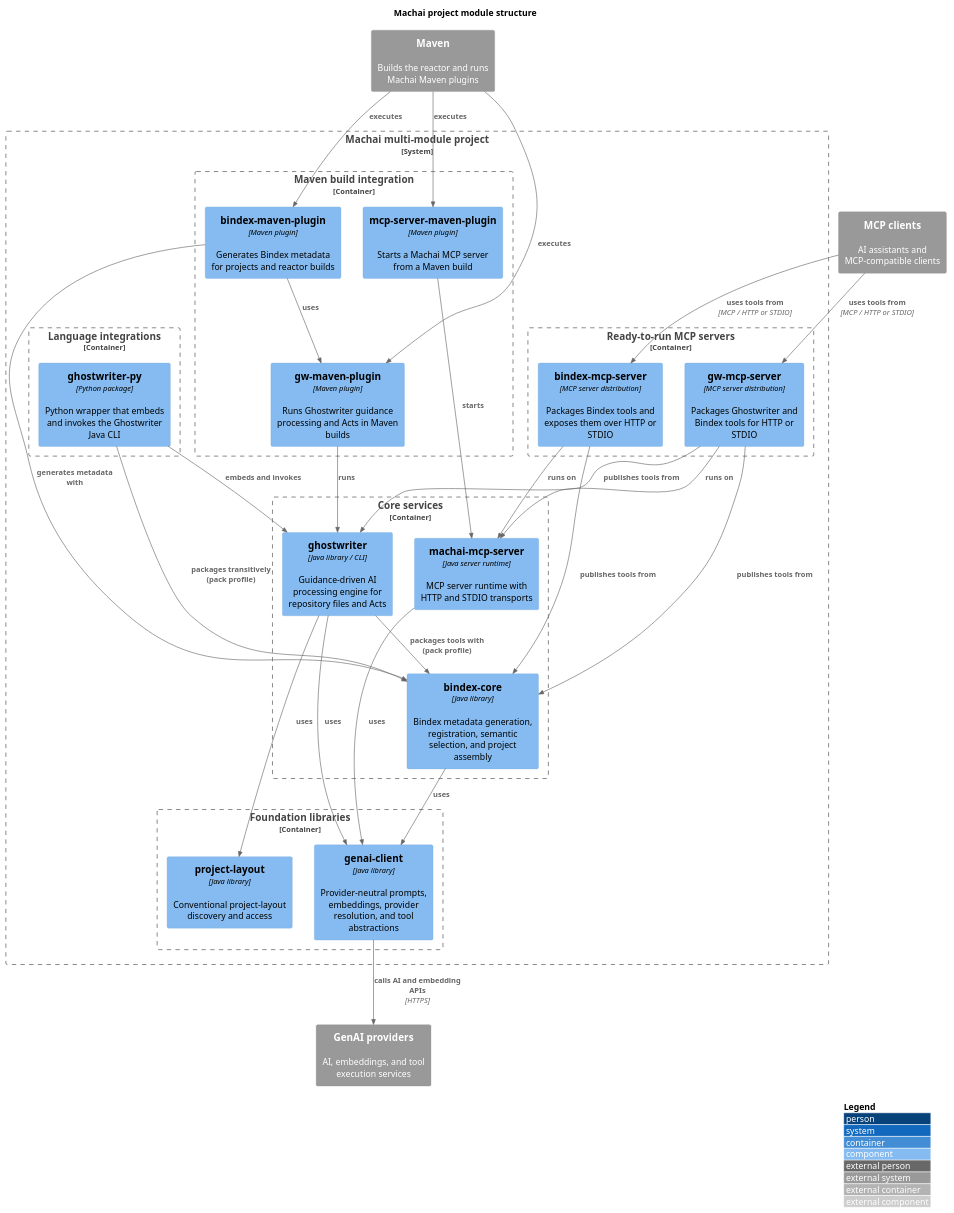
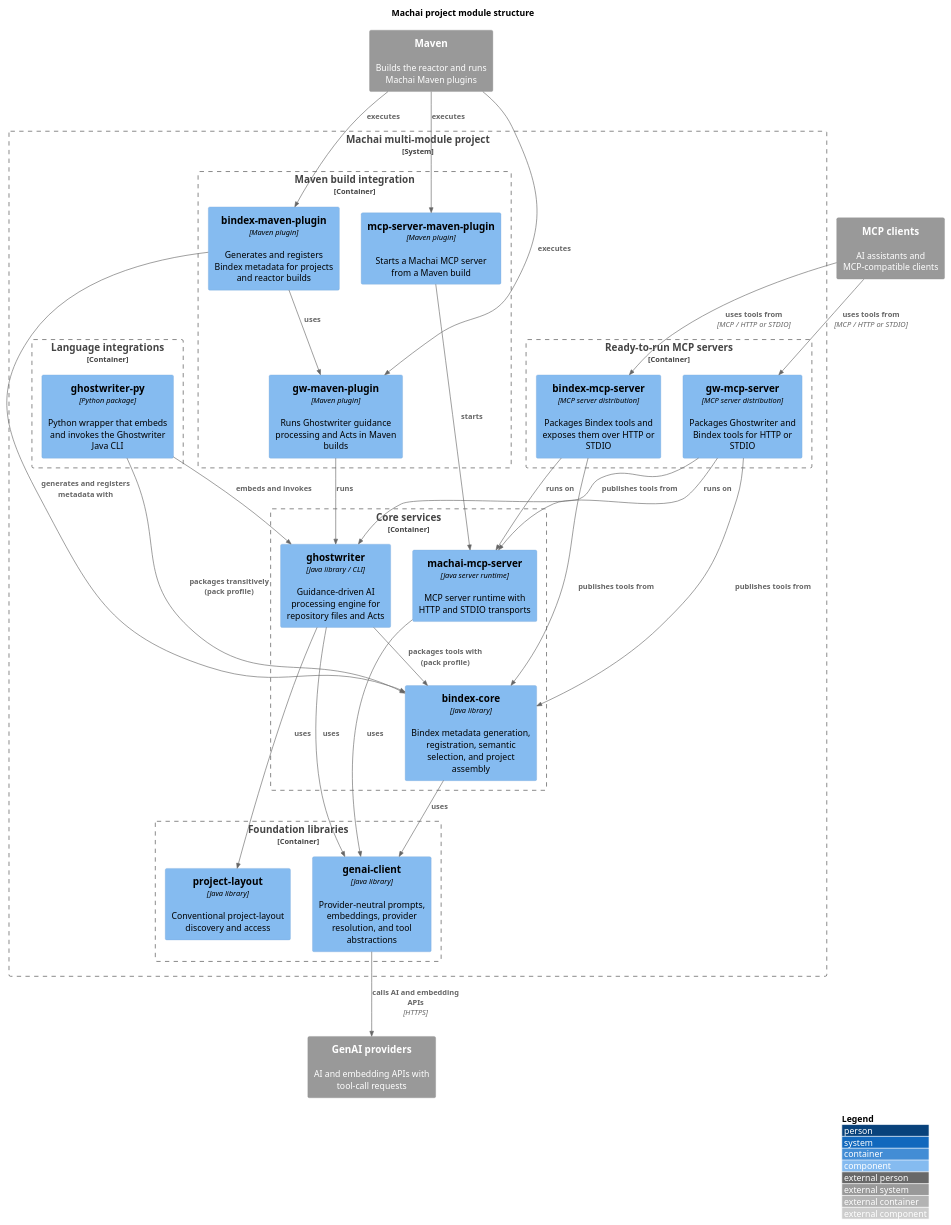
The diagram in src/site/puml/project-structure.puml (machanism-org/machai), drawn with PlantUML before and after one commit. The commit also changed 1 other file, not shown here.

Commit message:
chore: update component documentation pointers
Refresh the recorded Ghostwriter, Bindex Core, Bindex Maven Plugin, Ghostwriter-Py, and GW Maven Plugin revisions to the commits containing their documented workflow and diagram changes.

```diff
--- a/src/site/puml/project-structure.puml
+++ b/src/site/puml/project-structure.puml
@@ -3,63 +3,63 @@
 @startuml project-structure
 !include <C4/C4_Component>
 
 title Machai project module structure
 LAYOUT_WITH_LEGEND()
 
 System_Ext(maven, "Maven", "Builds the reactor and runs Machai Maven plugins")
-System_Ext(aiProviders, "GenAI providers", "AI, embeddings, and tool execution services")
+System_Ext(aiProviders, "GenAI providers", "AI and embedding APIs with tool-call requests")
 System_Ext(mcpClients, "MCP clients", "AI assistants and MCP-compatible clients")
 
 System_Boundary(machai, "Machai multi-module project") {
   Container_Boundary(foundations, "Foundation libraries") {
     Component(projectLayout, "project-layout", "Java library", "Conventional project-layout discovery and access")
     Component(genaiClient, "genai-client", "Java library", "Provider-neutral prompts, embeddings, provider resolution, and tool abstractions")
   }
 
   Container_Boundary(coreServices, "Core services") {
     Component(bindexCore, "bindex-core", "Java library", "Bindex metadata generation, registration, semantic selection, and project assembly")
     Component(ghostwriter, "ghostwriter", "Java library / CLI", "Guidance-driven AI processing engine for repository files and Acts")
     Component(mcpRuntime, "machai-mcp-server", "Java server runtime", "MCP server runtime with HTTP and STDIO transports")
   }
 
   Container_Boundary(languageIntegrations, "Language integrations") {
     Component(ghostwriterPy, "ghostwriter-py", "Python package", "Python wrapper that embeds and invokes the Ghostwriter Java CLI")
   }
 
   Container_Boundary(buildIntegration, "Maven build integration") {
     Component(gwPlugin, "gw-maven-plugin", "Maven plugin", "Runs Ghostwriter guidance processing and Acts in Maven builds")
-    Component(bindexPlugin, "bindex-maven-plugin", "Maven plugin", "Generates Bindex metadata for projects and reactor builds")
+    Component(bindexPlugin, "bindex-maven-plugin", "Maven plugin", "Generates and registers Bindex metadata for projects and reactor builds")
     Component(mcpPlugin, "mcp-server-maven-plugin", "Maven plugin", "Starts a Machai MCP server from a Maven build")
   }
 
   Container_Boundary(serverDistributions, "Ready-to-run MCP servers") {
     Component(bindexServer, "bindex-mcp-server", "MCP server distribution", "Packages Bindex tools and exposes them over HTTP or STDIO")
     Component(gwServer, "gw-mcp-server", "MCP server distribution", "Packages Ghostwriter and Bindex tools for HTTP or STDIO")
   }
 }
 
 Rel(maven, gwPlugin, "executes")
 Rel(maven, bindexPlugin, "executes")
 Rel(maven, mcpPlugin, "executes")
 Rel(genaiClient, aiProviders, "calls AI and embedding APIs", "HTTPS")
 Rel(mcpClients, bindexServer, "uses tools from", "MCP / HTTP or STDIO")
 Rel(mcpClients, gwServer, "uses tools from", "MCP / HTTP or STDIO")
 
 Rel(ghostwriter, projectLayout, "uses")
 Rel(ghostwriter, genaiClient, "uses")
 Rel(ghostwriter, bindexCore, "packages tools with (pack profile)")
 Rel(bindexCore, genaiClient, "uses")
 Rel(mcpRuntime, genaiClient, "uses")
 Rel(ghostwriterPy, ghostwriter, "embeds and invokes")
 Rel(ghostwriterPy, bindexCore, "packages transitively (pack profile)")
 Rel(gwPlugin, ghostwriter, "runs")
 Rel(bindexPlugin, gwPlugin, "uses")
-Rel(bindexPlugin, bindexCore, "generates metadata with")
+Rel(bindexPlugin, bindexCore, "generates and registers metadata with")
 Rel(mcpPlugin, mcpRuntime, "starts")
 Rel(bindexServer, bindexCore, "publishes tools from")
 Rel(bindexServer, mcpRuntime, "runs on")
 Rel(gwServer, ghostwriter, "publishes tools from")
 Rel(gwServer, bindexCore, "publishes tools from")
 Rel(gwServer, mcpRuntime, "runs on")
 
 @enduml
```
